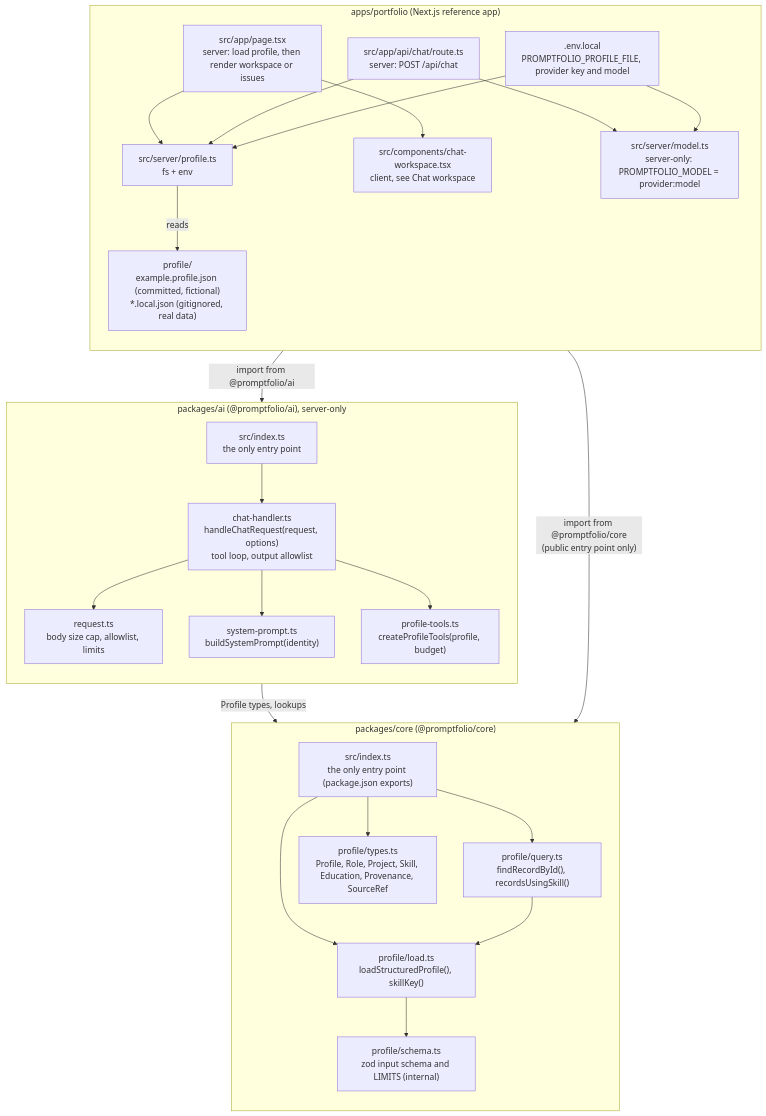
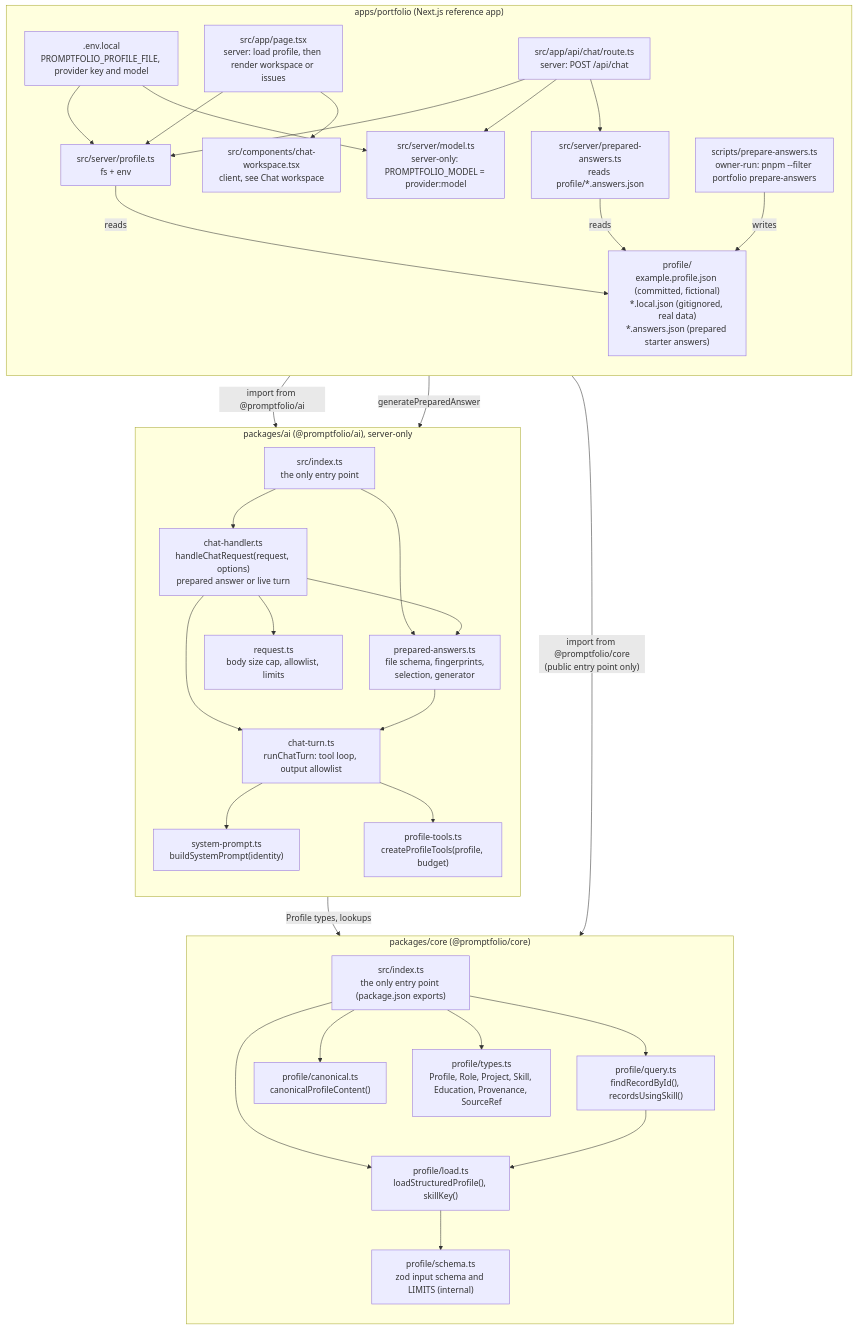
The first of 5 diagrams in docs/ARCHITECTURE.md (promptfolios/promptfolio), drawn with Mermaid before and after one commit. The commit also changed other lines of this file and 4 other files, not shown here.

Commit message:
docs: add the M7 plan and ADR 0008 for prepared answers

````diff
--- a/docs/ARCHITECTURE.md
+++ b/docs/ARCHITECTURE.md
@@ -9,51 +9,65 @@
 ```mermaid
 flowchart TB
     subgraph app["apps/portfolio (Next.js reference app)"]
         direction TB
         env[".env.local<br/>PROMPTFOLIO_PROFILE_FILE, provider key and model"]
-        files["profile/<br/>example.profile.json (committed, fictional)<br/>*.local.json (gitignored, real data)"]
+        files["profile/<br/>example.profile.json (committed, fictional)<br/>*.local.json (gitignored, real data)<br/>*.answers.json (prepared starter answers)"]
         page["src/app/page.tsx<br/>server: load profile, then render workspace or issues"]
         route["src/app/api/chat/route.ts<br/>server: POST /api/chat"]
         serverProfile["src/server/profile.ts<br/>fs + env"]
         serverModel["src/server/model.ts<br/>server-only: PROMPTFOLIO_MODEL = provider:model"]
+        serverAnswers["src/server/prepared-answers.ts<br/>reads profile/*.answers.json"]
+        script["scripts/prepare-answers.ts<br/>owner-run: pnpm --filter portfolio prepare-answers"]
         workspace["src/components/chat-workspace.tsx<br/>client, see Chat workspace"]
         page --> serverProfile
         page --> workspace
         route --> serverProfile
         route --> serverModel
+        route --> serverAnswers
+        serverAnswers -- reads --> files
+        script -- writes --> files
         env --> serverProfile
         env --> serverModel
         serverProfile -- reads --> files
     end
 
     subgraph aipkg["packages/ai (@promptfolio/ai), server-only"]
         direction TB
         aiIndex["src/index.ts<br/>the only entry point"]
-        handler["chat-handler.ts<br/>handleChatRequest(request, options)<br/>tool loop, output allowlist"]
+        handler["chat-handler.ts<br/>handleChatRequest(request, options)<br/>prepared answer or live turn"]
+        turn["chat-turn.ts<br/>runChatTurn: tool loop, output allowlist"]
+        prepared["prepared-answers.ts<br/>file schema, fingerprints,<br/>selection, generator"]
         request["request.ts<br/>body size cap, allowlist, limits"]
         prompt["system-prompt.ts<br/>buildSystemPrompt(identity)"]
         tools["profile-tools.ts<br/>createProfileTools(profile, budget)"]
         aiIndex --> handler
+        aiIndex --> prepared
         handler --> request
-        handler --> prompt
-        handler --> tools
+        handler --> prepared
+        handler --> turn
+        prepared --> turn
+        turn --> prompt
+        turn --> tools
     end
 
     subgraph core["packages/core (@promptfolio/core)"]
         direction TB
         index["src/index.ts<br/>the only entry point (package.json exports)"]
         load["profile/load.ts<br/>loadStructuredProfile(), skillKey()"]
         query["profile/query.ts<br/>findRecordById(), recordsUsingSkill()"]
+        canonical["profile/canonical.ts<br/>canonicalProfileContent()"]
         schema["profile/schema.ts<br/>zod input schema and LIMITS (internal)"]
         types["profile/types.ts<br/>Profile, Role, Project, Skill, Education, Provenance, SourceRef"]
         index --> load
         index --> query
+        index --> canonical
         index --> types
         load --> schema
         query --> load
     end
 
     app -- "import from @promptfolio/core<br/>(public entry point only)" --> index
     route -- "import from @promptfolio/ai" --> aiIndex
+    script -- "generatePreparedAnswer" --> aiIndex
     aipkg -- "Profile types, lookups" --> index
 ```
````
